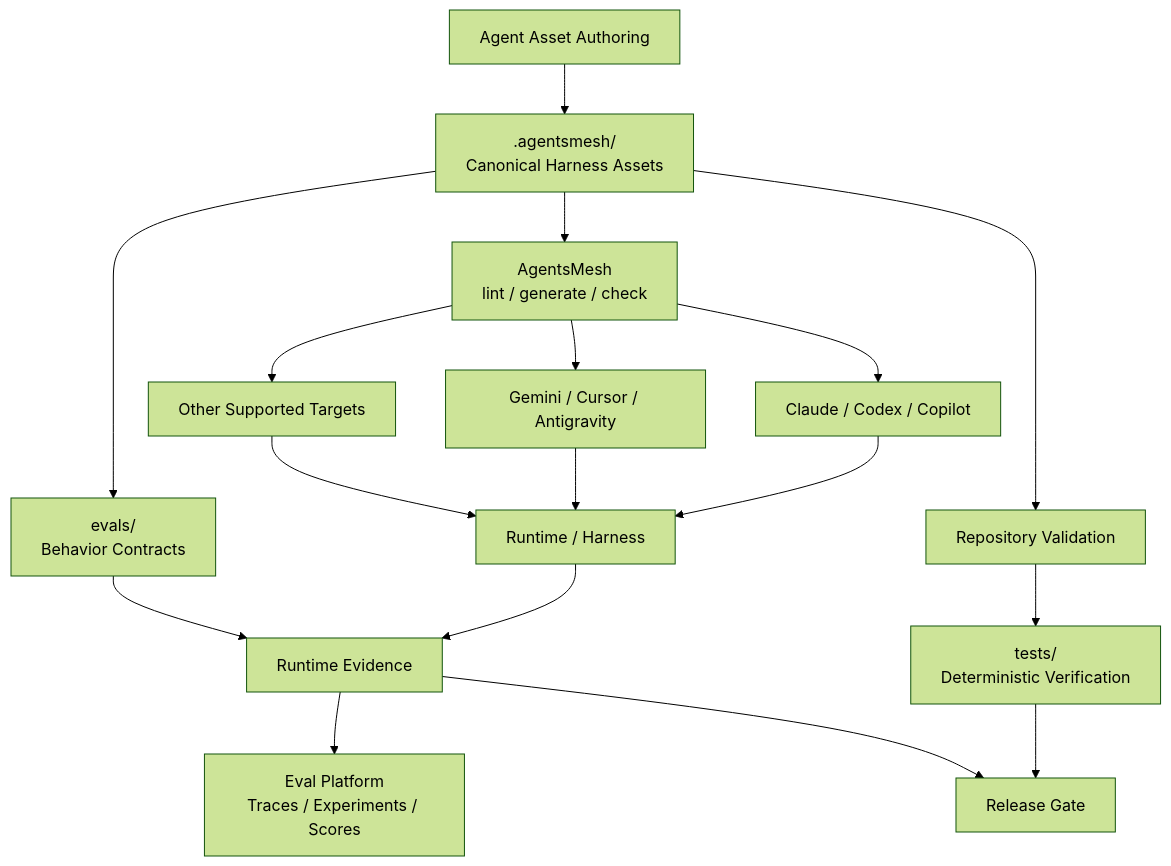
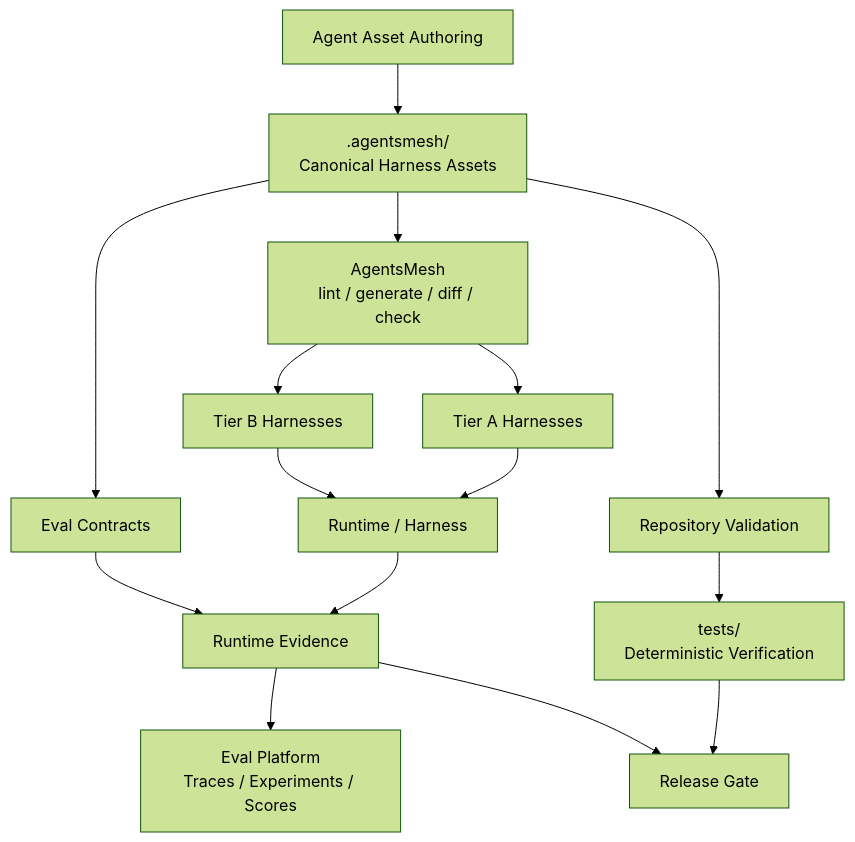
One commit to mols3131d/mols-agent-assets changed the first of 2 diagrams in docs/agentsmesh-migration-plan.md. Above: the diagram before and after it, drawn with Mermaid (forest theme). The commit also changed other lines of this file, not shown here.

Commit message:
docs: harden AgentsMesh migration plan

````diff
--- a/docs/agentsmesh-migration-plan.md
+++ b/docs/agentsmesh-migration-plan.md
@@ -21,25 +23,23 @@
 ```mermaid
 flowchart TD
     A["Agent Asset Authoring"] --> B[".agentsmesh/<br/>Canonical Harness Assets"]
 
-    B --> C["AgentsMesh<br/>lint / generate / check"]
-    C --> D["Claude / Codex / Copilot"]
-    C --> E["Gemini / Cursor / Antigravity"]
-    C --> F["Other Supported Targets"]
+    B --> C["AgentsMesh<br/>lint / generate / diff / check"]
+    C --> D["Tier A Harnesses"]
+    C --> E["Tier B Harnesses"]
 
-    D --> G["Runtime / Harness"]
-    E --> G
-    F --> G
+    D --> F["Runtime / Harness"]
+    E --> F
 
-    B --> H["Repository Validation"]
-    H --> I["tests/<br/>Deterministic Verification"]
+    B --> G["Repository Validation"]
+    G --> H["tests/<br/>Deterministic Verification"]
 
-    B --> J["evals/<br/>Behavior Contracts"]
-    G --> K["Runtime Evidence"]
-    J --> K
+    B --> I["Eval Contracts"]
+    F --> J["Runtime Evidence"]
+    I --> J
 
-    K --> L["Eval Platform<br/>Traces / Experiments / Scores"]
+    J --> K["Eval Platform<br/>Traces / Experiments / Scores"]
 
-    I --> M["Release Gate"]
-    K --> M
+    H --> L["Release Gate"]
+    J --> L
 ```
````
